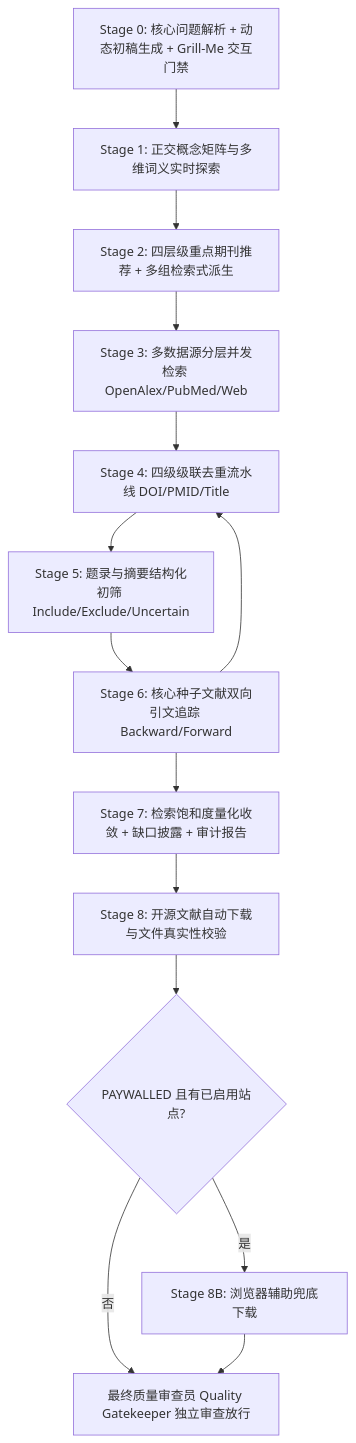
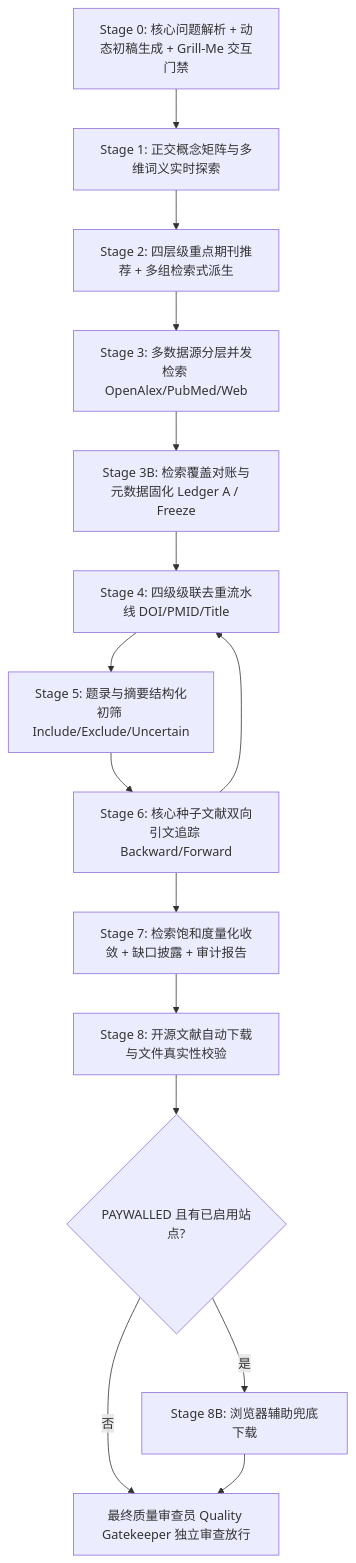
One commit to Daylily-Huang/ScholarFlow changed the diagram in skills/literature-discovery-acquisition/SKILL.md. Above: the diagram before and after it, drawn with Mermaid. The commit also changed other lines of this file and 16 other files, not shown here.

Commit message:
feat(discovery): implement metadata-coverage-first architecture, retrieval coverage ledger A, and Chinese DB profiles

````diff
--- a/skills/literature-discovery-acquisition/SKILL.md
+++ b/skills/literature-discovery-acquisition/SKILL.md
@@ -97,16 +117,17 @@
 ```mermaid
 flowchart TD
     S0[Stage 0: 核心问题解析 + 动态初稿生成 + Grill-Me 交互门禁] --> S1[Stage 1: 正交概念矩阵与多维词义实时探索]
     S1 --> S2[Stage 2: 四层级重点期刊推荐 + 多组检索式派生]
     S2 --> S3[Stage 3: 多数据源分层并发检索 OpenAlex/PubMed/Web]
-    S3 --> S4[Stage 4: 四级级联去重流水线 DOI/PMID/Title]
+    S3 --> S3B[Stage 3B: 检索覆盖对账与元数据固化 Ledger A / Freeze]
+    S3B --> S4[Stage 4: 四级级联去重流水线 DOI/PMID/Title]
     S4 --> S5[Stage 5: 题录与摘要结构化初筛 Include/Exclude/Uncertain]
     S5 --> S6[Stage 6: 核心种子文献双向引文追踪 Backward/Forward]
     S6 --> S4
     S6 --> S7[Stage 7: 检索饱和度量化收敛 + 缺口披露 + 审计报告]
     S7 --> S8[Stage 8: 开源文献自动下载与文件真实性校验]
     S8 --> S8B_Check{PAYWALLED 且有已启用站点?}
     S8B_Check -- 是 --> S8B[Stage 8B: 浏览器辅助兜底下载]
     S8B_Check -- 否 --> QG
     S8B --> QG[最终质量审查员 Quality Gatekeeper 独立审查放行]
 ```
````
